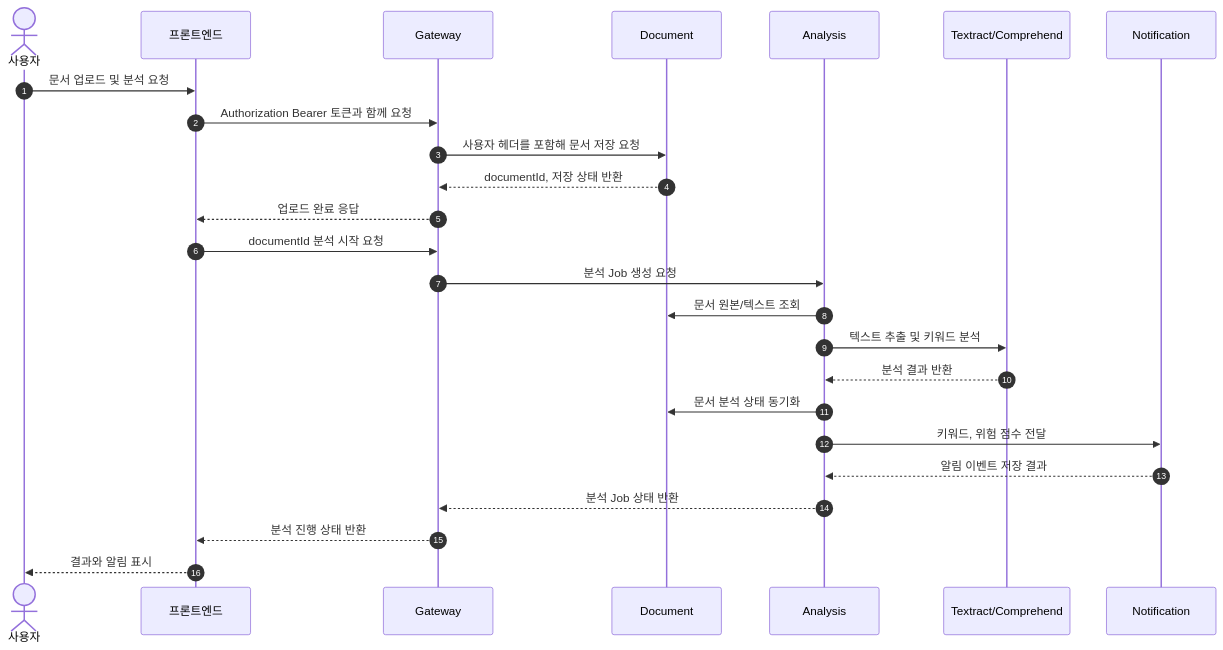
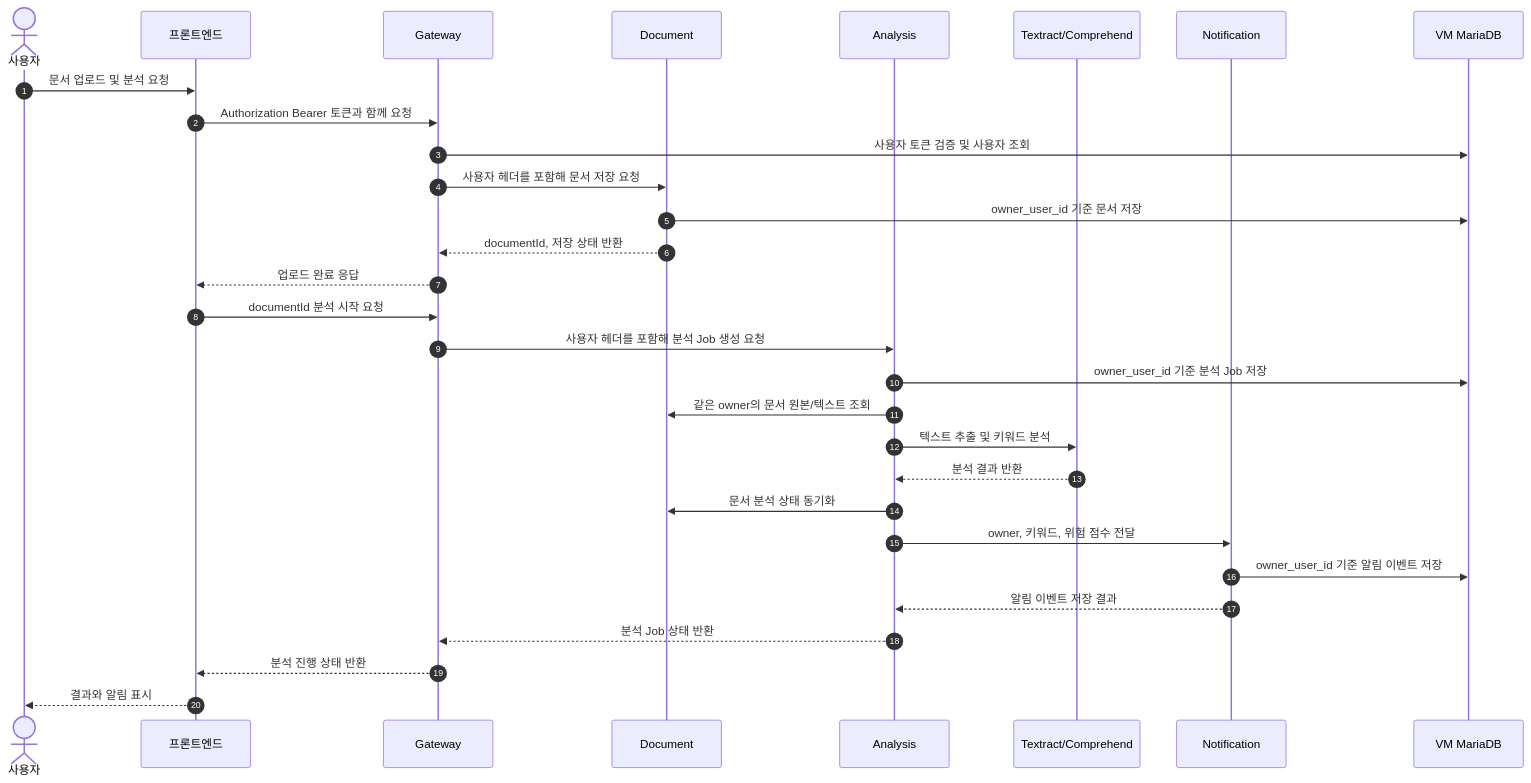
The second of 2 diagrams in README.md (kookm131/SmartDoc_AI), drawn with Mermaid before and after one commit. The commit also changed other lines of this file and 12 other files, not shown here.

````diff
--- a/README.md
+++ b/README.md
@@ -41,29 +49,34 @@
 ```mermaid
 sequenceDiagram
     autonumber
     actor User as 사용자
     participant FE as 프론트엔드
     participant GW as Gateway
     participant DOC as Document
     participant AN as Analysis
     participant AI as Textract/Comprehend
     participant NOTI as Notification
+    participant DB as VM MariaDB
 
     User->>FE: 문서 업로드 및 분석 요청
     FE->>GW: Authorization Bearer 토큰과 함께 요청
+    GW->>DB: 사용자 토큰 검증 및 사용자 조회
     GW->>DOC: 사용자 헤더를 포함해 문서 저장 요청
+    DOC->>DB: owner_user_id 기준 문서 저장
     DOC-->>GW: documentId, 저장 상태 반환
     GW-->>FE: 업로드 완료 응답
 
     FE->>GW: documentId 분석 시작 요청
-    GW->>AN: 분석 Job 생성 요청
-    AN->>DOC: 문서 원본/텍스트 조회
+    GW->>AN: 사용자 헤더를 포함해 분석 Job 생성 요청
+    AN->>DB: owner_user_id 기준 분석 Job 저장
+    AN->>DOC: 같은 owner의 문서 원본/텍스트 조회
     AN->>AI: 텍스트 추출 및 키워드 분석
     AI-->>AN: 분석 결과 반환
     AN->>DOC: 문서 분석 상태 동기화
-    AN->>NOTI: 키워드, 위험 점수 전달
+    AN->>NOTI: owner, 키워드, 위험 점수 전달
+    NOTI->>DB: owner_user_id 기준 알림 이벤트 저장
     NOTI-->>AN: 알림 이벤트 저장 결과
     AN-->>GW: 분석 Job 상태 반환
     GW-->>FE: 분석 진행 상태 반환
     FE-->>User: 결과와 알림 표시
 ```
````
